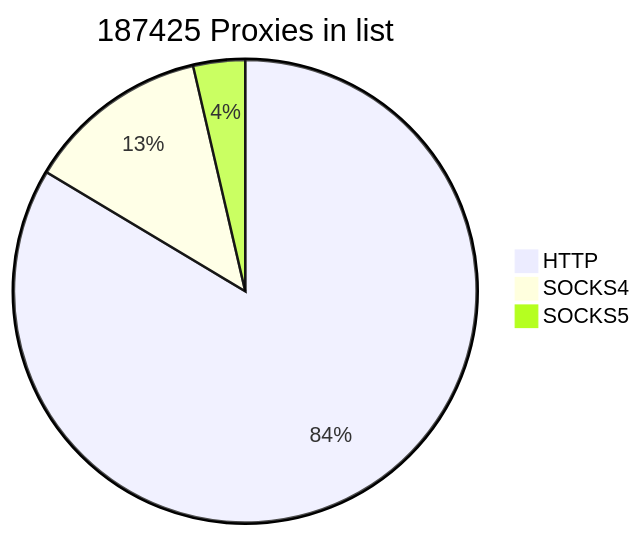
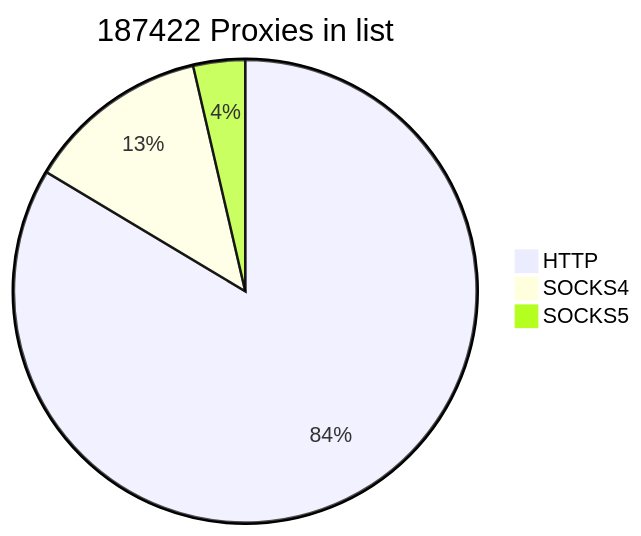
One commit to cutipu/proxylist changed the first of 2 diagrams in README.md. Above: the diagram before and after it, drawn with Mermaid. The commit also changed other lines of this file, not shown here.

````diff
--- a/README.md
+++ b/README.md
@@ -2,7 +2,7 @@
 ```mermaid
-pie title 187425 Proxies in list
+pie title 187422 Proxies in list
     "HTTP" : 156664
     "SOCKS4" : 23974
-    "SOCKS5" : 6787
+    "SOCKS5" : 6784
             
 ```
````
